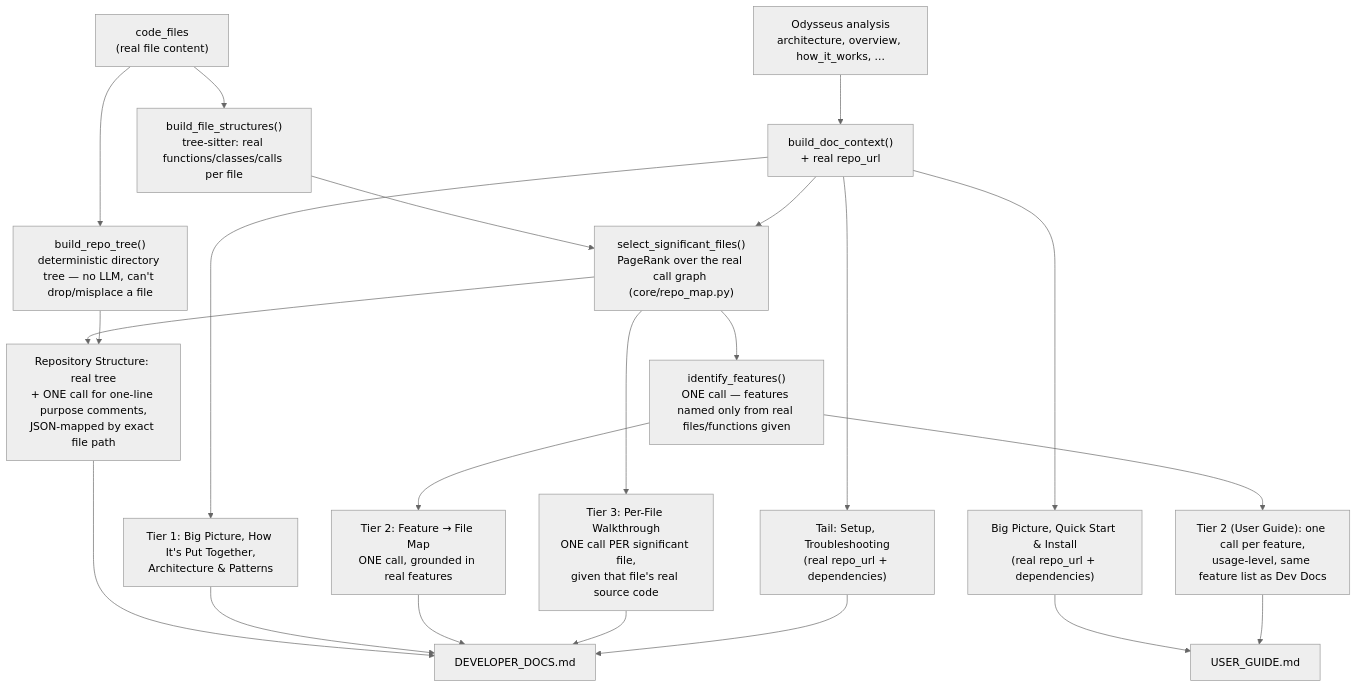
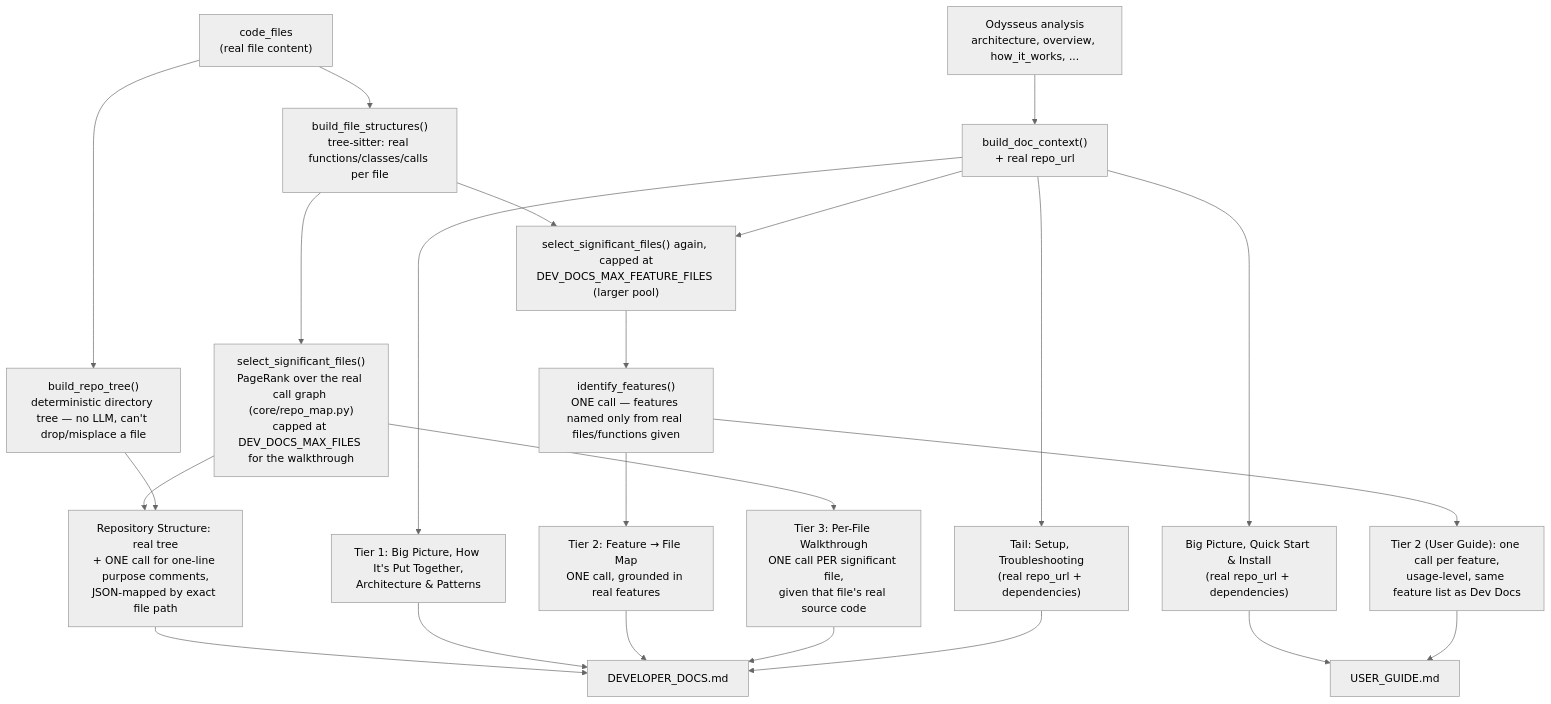
One commit to ds-madhavan-ramani/code-base-documentation changed the diagram in README.md. Above: the diagram before and after it, drawn with Mermaid (neutral theme). The commit also changed other lines of this file and 3 other files, not shown here.

````diff
--- a/README.md
+++ b/README.md
@@ -155,27 +155,28 @@
 ```mermaid
 flowchart TD
     CF["code_files<br/>(real file content)"] --> FS["build_file_structures()<br/>tree-sitter: real functions/classes/calls per file"]
     A["Odysseus analysis<br/>architecture, overview, how_it_works, ..."] --> CTX["build_doc_context()<br/>+ real repo_url"]
-    FS --> SIG["select_significant_files()<br/>PageRank over the real call graph (core/repo_map.py)"]
-    CTX --> SIG
-    SIG --> FEAT["identify_features()<br/>ONE call — features named only from real files/functions given"]
+    FS --> SIG["select_significant_files()<br/>PageRank over the real call graph (core/repo_map.py)<br/>capped at DEV_DOCS_MAX_FILES for the walkthrough"]
+    FS --> SIGFEAT["select_significant_files() again, capped at<br/>DEV_DOCS_MAX_FEATURE_FILES (larger pool)"]
+    CTX --> SIGFEAT
+    SIGFEAT --> FEAT["identify_features()<br/>ONE call — features named only from real files/functions given"]
 
     CF --> TREE["build_repo_tree()<br/>deterministic directory tree — no LLM, can't drop/misplace a file"]
     SIG --> RSTRUCT["Repository Structure: real tree<br/>+ ONE call for one-line purpose comments,<br/>JSON-mapped by exact file path"]
     TREE --> RSTRUCT
     CTX --> T1["Tier 1: Big Picture, How It's Put Together,<br/>Architecture & Patterns"]
     FEAT --> T2["Tier 2: Feature → File Map<br/>ONE call, grounded in real features"]
     SIG --> T3["Tier 3: Per-File Walkthrough<br/>ONE call PER significant file,<br/>given that file's real source code"]
     CTX --> TAIL["Tail: Setup, Troubleshooting<br/>(real repo_url + dependencies)"]
 
     RSTRUCT --> DEV["DEVELOPER_DOCS.md"]
     T1 --> DEV
     T2 --> DEV
     T3 --> DEV
     TAIL --> DEV
 
     FEAT --> UFEAT["Tier 2 (User Guide): one call per feature,<br/>usage-level, same feature list as Dev Docs"]
     CTX --> UHEAD["Big Picture, Quick Start & Install<br/>(real repo_url + dependencies)"]
     UHEAD --> USER["USER_GUIDE.md"]
     UFEAT --> USER
 ```
````
